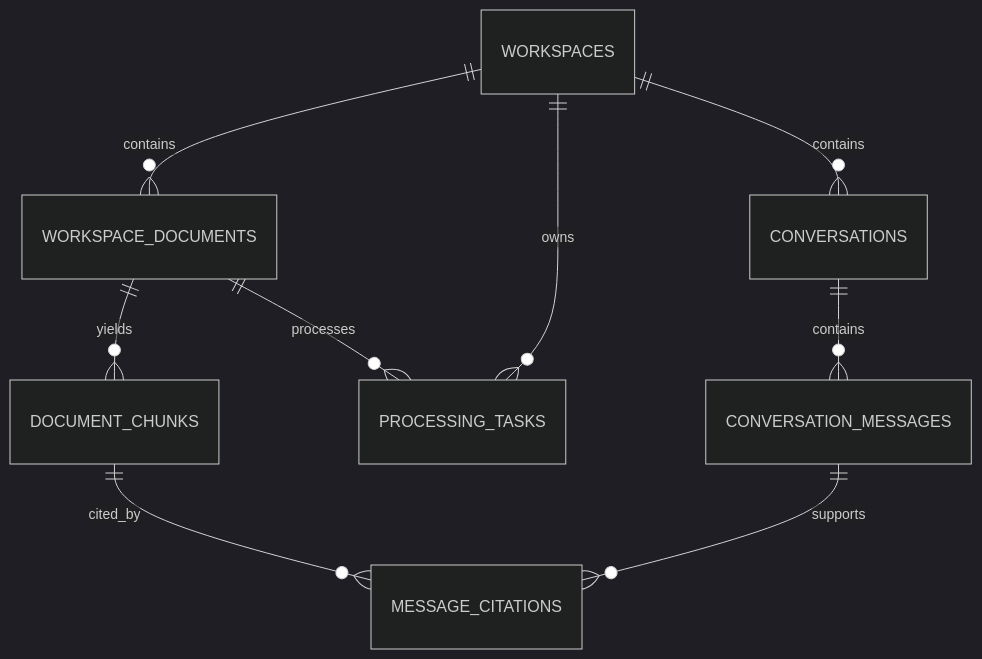
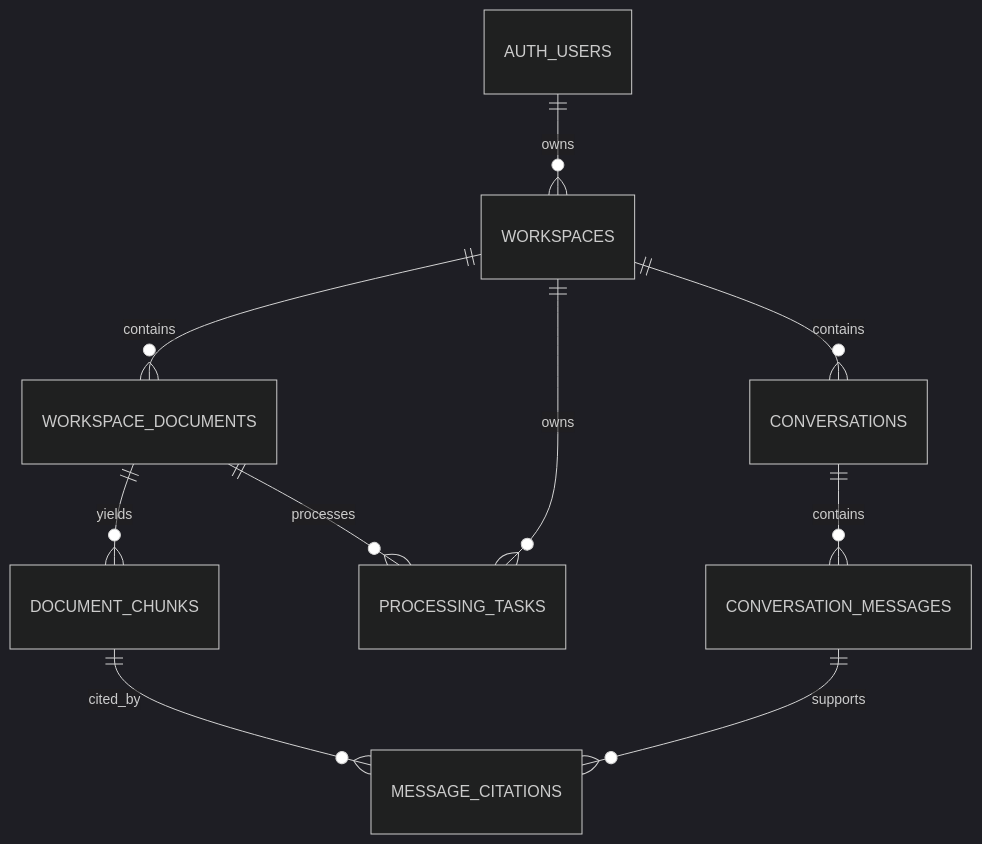
One commit to xcymm3/knowtrace-ai changed the diagram in docs/data-model.md. Above: the diagram before and after it, drawn with Mermaid (dark theme). The commit also changed other lines of this file and 27 other files, not shown here.

````diff
--- a/docs/data-model.md
+++ b/docs/data-model.md
@@ -5,11 +5,12 @@
 ```mermaid
 erDiagram
+  AUTH_USERS ||--o{ WORKSPACES : owns
   WORKSPACES ||--o{ WORKSPACE_DOCUMENTS : contains
   WORKSPACES ||--o{ PROCESSING_TASKS : owns
   WORKSPACES ||--o{ CONVERSATIONS : contains
   WORKSPACE_DOCUMENTS ||--o{ DOCUMENT_CHUNKS : yields
   WORKSPACE_DOCUMENTS ||--o{ PROCESSING_TASKS : processes
   CONVERSATIONS ||--o{ CONVERSATION_MESSAGES : contains
   CONVERSATION_MESSAGES ||--o{ MESSAGE_CITATIONS : supports
   DOCUMENT_CHUNKS ||--o{ MESSAGE_CITATIONS : cited_by
 ```
````
